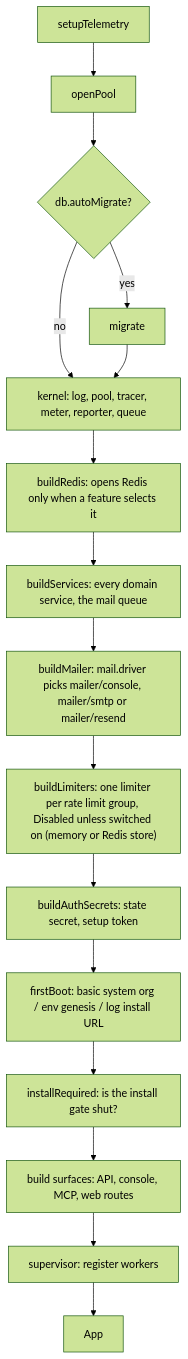
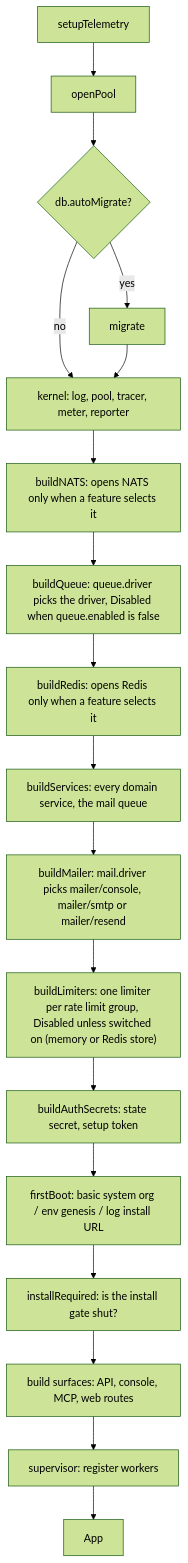
One commit to altalune-id/oagent changed the first of 3 diagrams in internal/boot/README.md. Above: the diagram before and after it, drawn with Mermaid (forest theme). The commit also changed other lines of this file and 40 other files, not shown here.

Commit message:
refactor(config): nats is its own connection; the queue picks it as its driver

````diff
--- a/internal/boot/README.md
+++ b/internal/boot/README.md
@@ -14,18 +14,20 @@
 ```mermaid
 flowchart TD
     A[setupTelemetry] --> B[openPool]
     B --> C{db.autoMigrate?}
     C -- yes --> D[migrate]
     C -- no --> E
-    D --> E[kernel: log, pool, tracer, meter, reporter, queue]
-    E --> RD["buildRedis: opens Redis only when a feature selects it"]
+    D --> E[kernel: log, pool, tracer, meter, reporter]
+    E --> NA["buildNATS: opens NATS only when a feature selects it"]
+    NA --> Q["buildQueue: queue.driver picks the driver, Disabled when queue.enabled is false"]
+    Q --> RD["buildRedis: opens Redis only when a feature selects it"]
     RD --> F[buildServices: every domain service, the mail queue]
     F --> M[buildMailer: mail.driver picks mailer/console, mailer/smtp or mailer/resend]
     M --> R["buildLimiters: one limiter per rate limit group, Disabled unless switched on (memory or Redis store)"]
     R --> G[buildAuthSecrets: state secret, setup token]
     G --> H[firstBoot: basic system org / env genesis / log install URL]
     H --> I[installRequired: is the install gate shut?]
     I --> J[build surfaces: API, console, MCP, web routes]
     J --> K[supervisor: register workers]
     K --> L[App]
 ```
````
